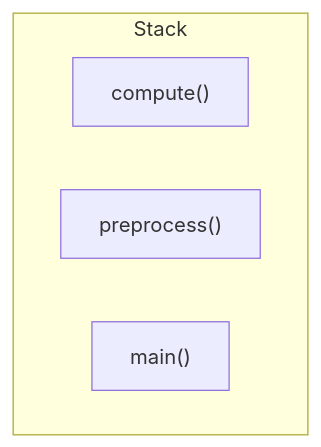
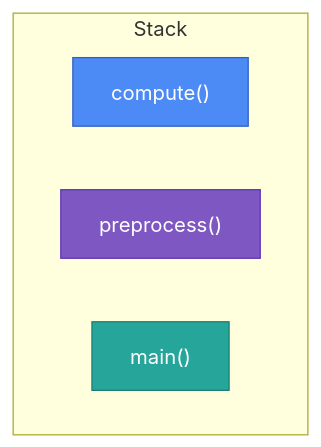
One commit to timothyalder/tplat changed the second of 4 diagrams in projects/cs/index.md. Above: the diagram before and after it, drawn with Mermaid. The commit also changed other lines of this file, not shown here.

````diff
--- a/projects/cs/index.md
+++ b/projects/cs/index.md
@@ -23,8 +32,15 @@
 ```mermaid
 flowchart TB
     subgraph stack["Stack"]
         compute["`compute()`"]
         preprocess["`preprocess()`"]
         main["`main()`"]
     end
+
+    classDef main fill:#26a69a,color:#fff,stroke:#1d7d74
+    classDef preprocess fill:#7e57c2,color:#fff,stroke:#5e35b1
+    classDef compute fill:#4c8bf5,color:#fff,stroke:#2f5fc1
+    class main main
+    class preprocess preprocess
+    class compute compute
 ```
````
